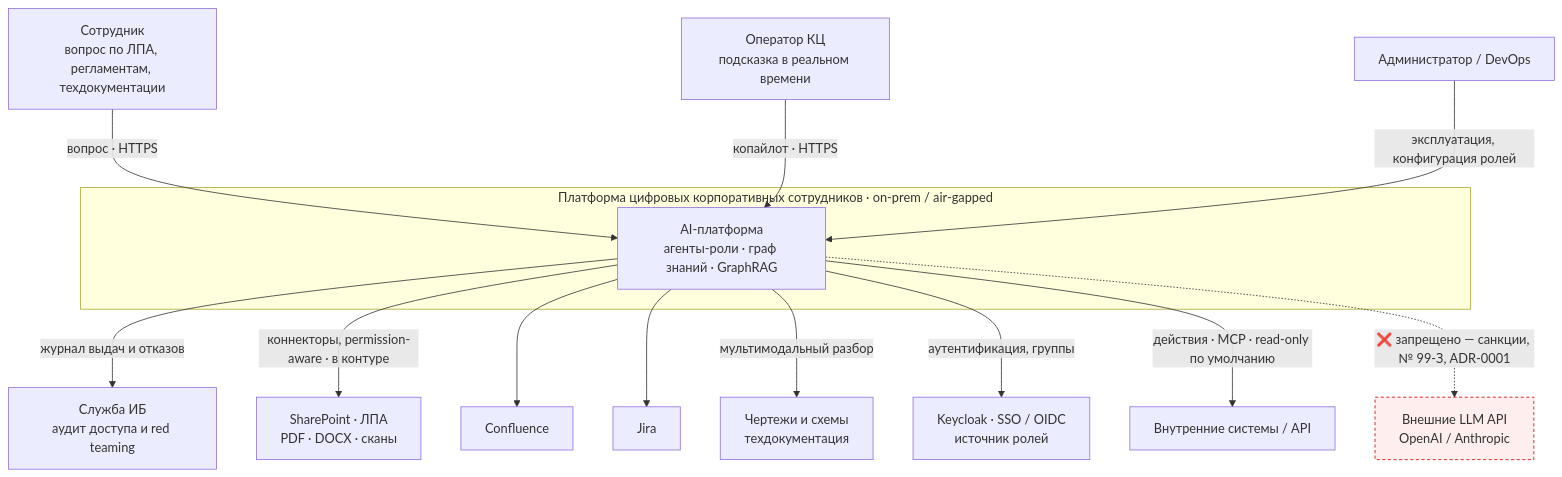
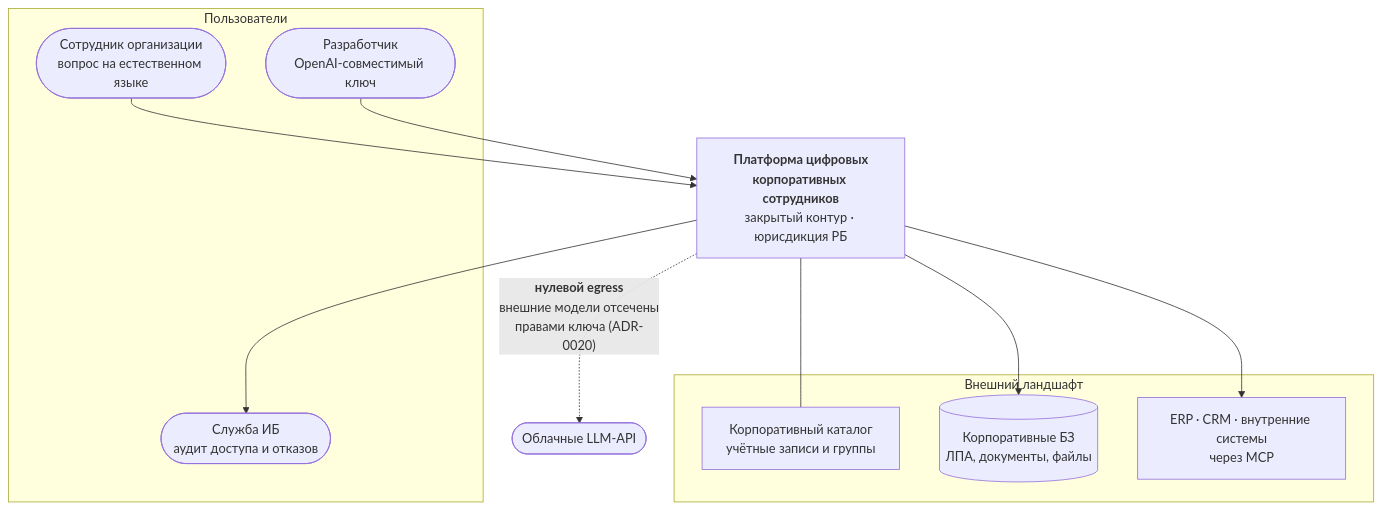
The first of 4 diagrams in final-project/docs/diagrams/c4.md (ZubikIT/ai-architect), drawn with Mermaid before and after one commit. The commit also changed other lines of this file and 3 other files, not shown here.

````diff
--- a/final-project/docs/diagrams/c4.md
+++ b/final-project/docs/diagrams/c4.md
@@ -11,34 +9,25 @@
 ```mermaid
 flowchart TB
-  emp["Сотрудник<br/>вопрос по ЛПА, регламентам, техдокументации"]
-  op["Оператор КЦ<br/>подсказка в реальном времени"]
-  admin["Администратор / DevOps"]
-  sec["Служба ИБ<br/>аудит доступа и red teaming"]
-
-  subgraph plat["Платформа цифровых корпоративных сотрудников · on-prem / air-gapped"]
-    core["AI-платформа<br/>агенты-роли · граф знаний · GraphRAG"]
+  subgraph users["Пользователи"]
+    emp(["Сотрудник организации<br/>вопрос на естественном языке"])
+    dev(["Разработчик<br/>OpenAI-совместимый ключ"])
+    sec(["Служба ИБ<br/>аудит доступа и отказов"])
   end
 
-  sp["SharePoint · ЛПА<br/>PDF · DOCX · сканы"]
-  conf["Confluence"]
-  jira["Jira"]
-  cad["Чертежи и схемы<br/>техдокументация"]
-  idp["Keycloak · SSO / OIDC<br/>источник ролей"]
-  intsys["Внутренние системы / API"]
-  noext["Внешние LLM API<br/>OpenAI / Anthropic"]
+  P["<b>Платформа цифровых<br/>корпоративных сотрудников</b><br/>закрытый контур · юрисдикция РБ"]
 
-  emp -->|"вопрос · HTTPS"| core
-  op -->|"копайлот · HTTPS"| core
-  admin -->|"эксплуатация, конфигурация ролей"| core
-  core -->|"журнал выдач и отказов"| sec
-  core -->|"коннекторы, permission-aware · в контуре"| sp
-  core --> conf
-  core --> jira
-  core -->|"мультимодальный разбор"| cad
-  core -->|"аутентификация, группы"| idp
-  core -->|"действия · MCP · read-only по умолчанию"| intsys
-  core -. "❌ запрещено — санкции, № 99-З, ADR-0001" .-> noext
+  subgraph ext["Внешний ландшафт"]
+    kc["Корпоративный каталог<br/>учётные записи и группы"]
+    kb[("Корпоративные БЗ<br/>ЛПА, документы, файлы")]
+    erp["ERP · CRM · внутренние системы<br/>через MCP"]
+  end
 
-  classDef forbidden fill:#fee,stroke:#c00,stroke-dasharray:4 3;
-  class noext forbidden;
+  emp --> P
+  dev --> P
+  P --> sec
+  P --- kc
+  P --> kb
+  P --> erp
+
+  P -.->|"<b>нулевой egress</b><br/>внешние модели отсечены<br/>правами ключа (ADR-0020)"| cloud(["Облачные LLM-API"])
 ```
````
